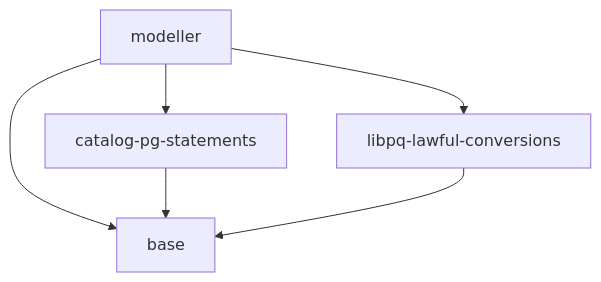
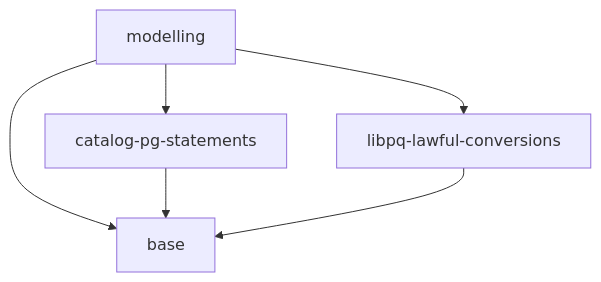
The diagram in design/README.md (pgenie-io/pgenie), drawn with Mermaid before and after one commit. The commit also changed 10 other files, not shown here.

Commit message:
Rename modeller to modelling

````diff
--- a/design/README.md
+++ b/design/README.md
@@ -4,10 +4,10 @@
 ```mermaid
 graph TD
 
-modeller --> catalog-pg-statements
-modeller --> libpq-lawful-conversions
+modelling --> catalog-pg-statements
+modelling --> libpq-lawful-conversions
 
-modeller --> base
+modelling --> base
 catalog-pg-statements --> base
 libpq-lawful-conversions --> base
 ```
````
